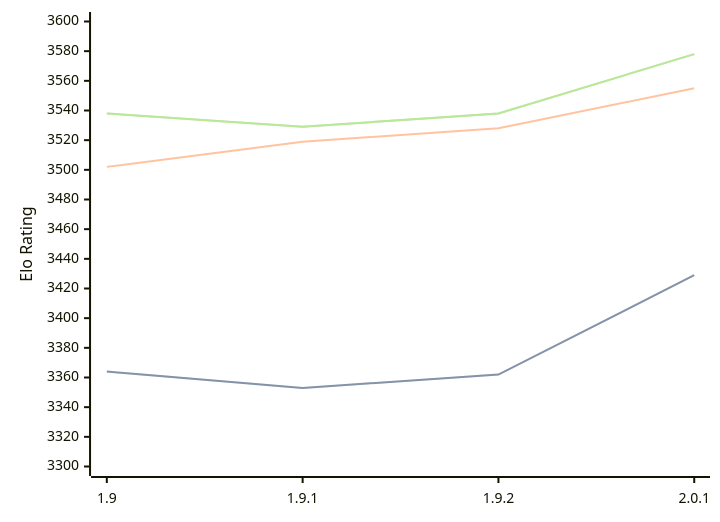
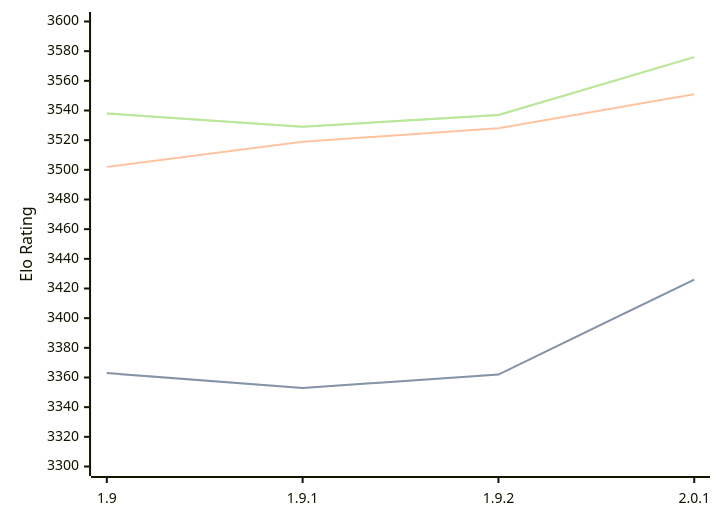
Before and after one commit to computer-chess-index/cci: the first of 3 diagrams in engines/Pawnocchio.md, drawn with Mermaid. The commit also changed other lines of this file, not shown here.

Commit message:
Update CCI Ratings (ELO VLTC) - 2026-07-06

````diff
--- a/engines/Pawnocchio.md
+++ b/engines/Pawnocchio.md
@@ -50,11 +50,11 @@
 ```mermaid
 %%{init: {"theme":"base","themeVariables":{"seriesColors:['#a3a3a3','#222221','#faa371']}}}%%
 xychart-beta
   x-axis ["1.9", "1.9.1", "1.9.2", "2.0.1"]
   y-axis "Elo Rating" 3300 --> 3600
-  line "STC (8.0+0.08s)" [3364, 3353, 3362, 3429]
-  line "STC (8.0+0.08s)" [3364, 3353, 3362, 3429]
-  line "LTC (60.0+0.60s)" [3502, 3519, 3528, 3555]
-  line "VLTC (2m24s+1.12s)" [3538, 3529, 3538, 3578]
-  line "VLTC (2m24s+1.12s)" [3538, 3529, 3538, 3578]
+  line "STC (8.0+0.08s)" [3363, 3353, 3362, 3426]
+  line "STC (8.0+0.08s)" [3363, 3353, 3362, 3426]
+  line "LTC (60.0+0.60s)" [3502, 3519, 3528, 3551]
+  line "VLTC (2m24s+1.12s)" [3538, 3529, 3537, 3576]
+  line "VLTC (2m24s+1.12s)" [3538, 3529, 3537, 3576]
 ```
````
